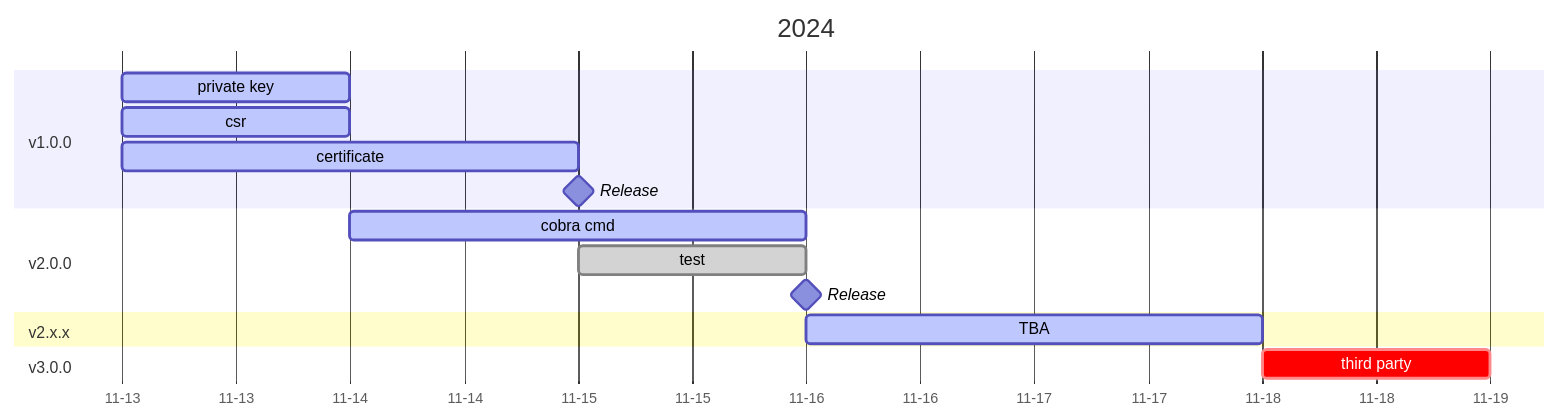
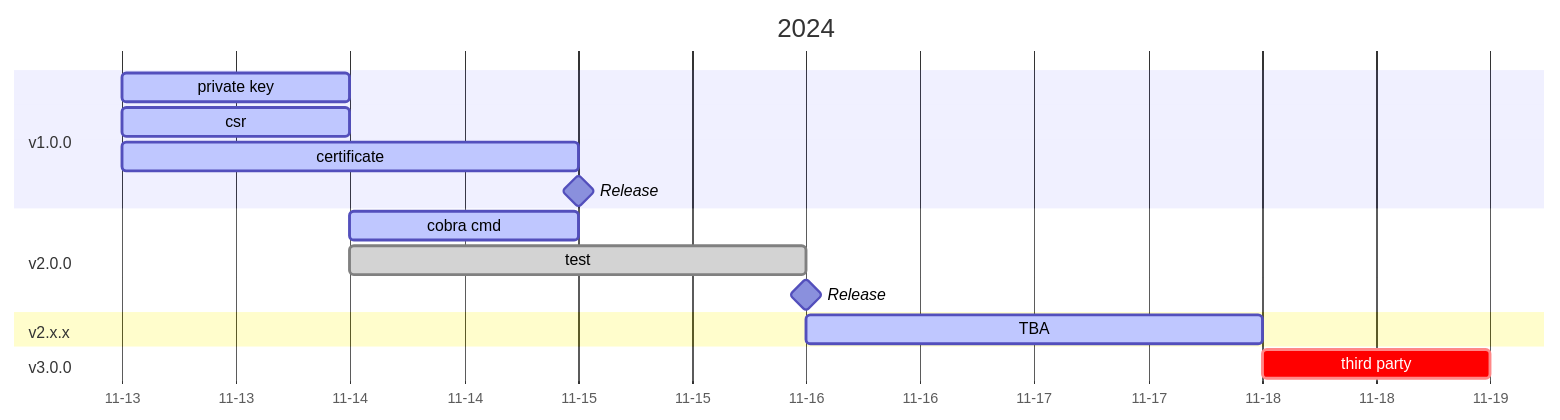
One commit to Alonza0314/cert-go changed the diagram in README.md. Above: the diagram before and after it, drawn with Mermaid.

````diff
--- a/README.md
+++ b/README.md
@@ -9,23 +9,23 @@
 ```mermaid
 gantt
     title 2024
     dateFormat MM-DD
         axisFormat %m-%d
 
     section v1.0.0
     private key: active, private-key, 11-13, 1d
     csr: active, csr, 11-13, 1d
     certificate: active, certificate, 11-13, 2d
     Release: milestone, after certificate
 
     section v2.0.0
-    cobra cmd: active, cobra-cmd, 11-14, 2d
-    test: done, test, 11-15, 1d
+    cobra cmd: active, cobra-cmd, 11-14, 1d
+    test: done, test, 11-14, 2d
     Release: milestone, after test
 
     section v2.x.x
     TBA: active, TBA, 11-16, 2d
 
     section v3.0.0
     third party: crit, third-party, 11-18, 1d
 ```
````
